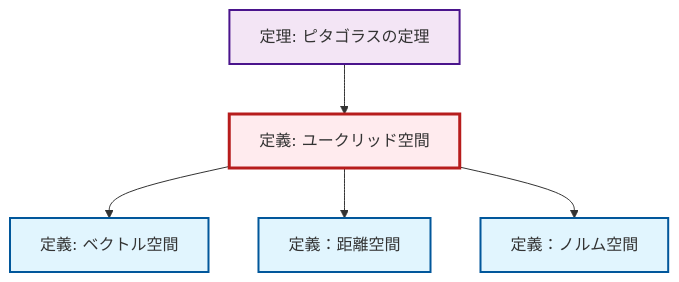
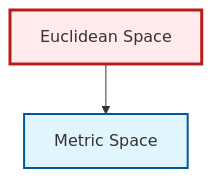
One commit to RK0429/ModernMath changed the second of 2 diagrams in content/ja/geometry/def-euclidean-space.qmd. Above: the diagram before and after it, drawn with Mermaid. The commit also changed 328 other files, not shown here.

````diff
--- a/content/ja/geometry/def-euclidean-space.qmd
+++ b/content/ja/geometry/def-euclidean-space.qmd
@@ -70,23 +70,14 @@
 ```{mermaid}
 %%| fig-cap: "ローカル依存関係グラフ"
 graph TD
     classDef definition fill:#e1f5fe,stroke:#01579b,stroke-width:2px
     classDef theorem fill:#f3e5f5,stroke:#4a148c,stroke-width:2px
     classDef axiom fill:#fff3e0,stroke:#e65100,stroke-width:2px
     classDef example fill:#e8f5e9,stroke:#1b5e20,stroke-width:2px
     classDef current fill:#ffebee,stroke:#b71c1c,stroke-width:3px
-    thm-pythagorean["定理: ピタゴラスの定理"]:::theorem
-    def-metric-space["定義：距離空間"]:::definition
-    def-normed-vector-space["定義：ノルム空間"]:::definition
-    def-vector-space["定義: ベクトル空間"]:::definition
-    def-euclidean-space["定義: ユークリッド空間"]:::definition
-    thm-pythagorean --> def-euclidean-space
-    def-euclidean-space --> def-vector-space
+    def-euclidean-space["Euclidean Space"]:::definition
+    def-metric-space["Metric Space"]:::definition
     def-euclidean-space --> def-metric-space
-    def-euclidean-space --> def-normed-vector-space
     class def-euclidean-space current
-    click thm-pythagorean "thm-pythagorean.html" "ピタゴラスの定理の定理へ"
-    click def-metric-space "def-metric-space.html" "定義：距離空間へ"
-    click def-normed-vector-space "def-normed-vector-space.html" "定義：ノルム空間へ"
-    click def-vector-space "def-vector-space.html" "ベクトル空間の定義へ"
+    click def-metric-space "def-metric-space.html" "Metric Spaceへ"
 ```
````
